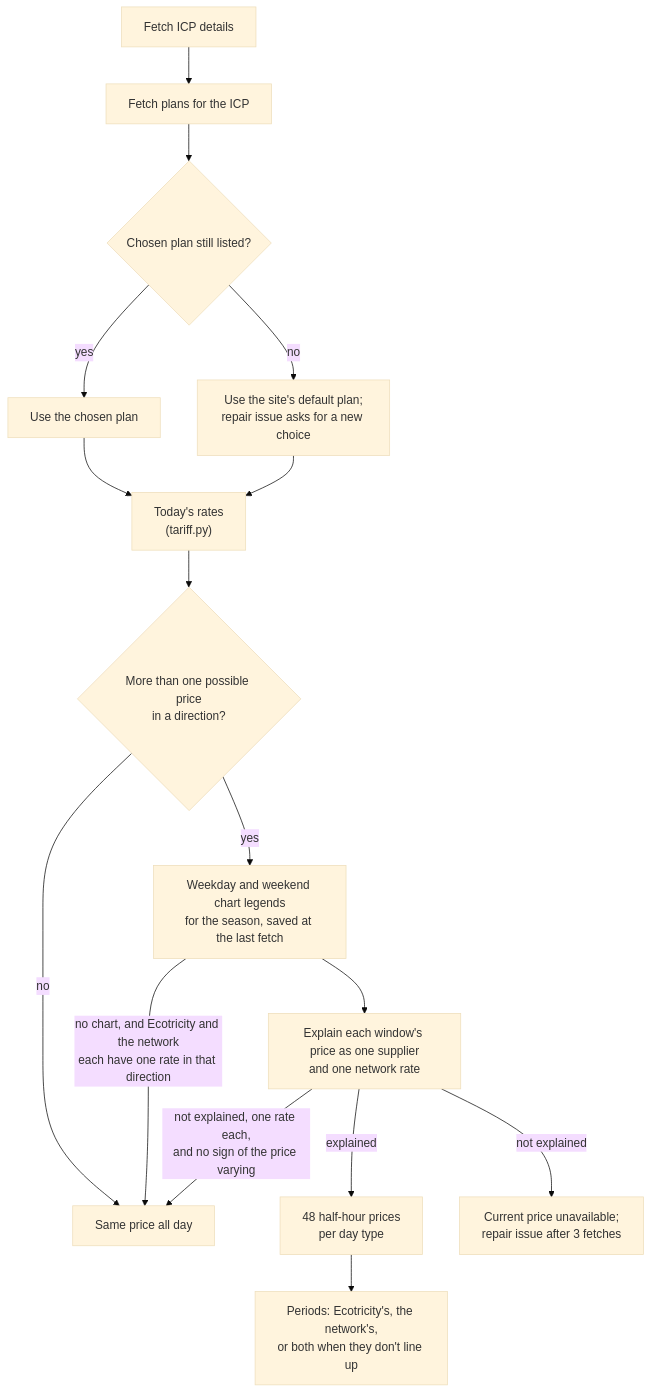
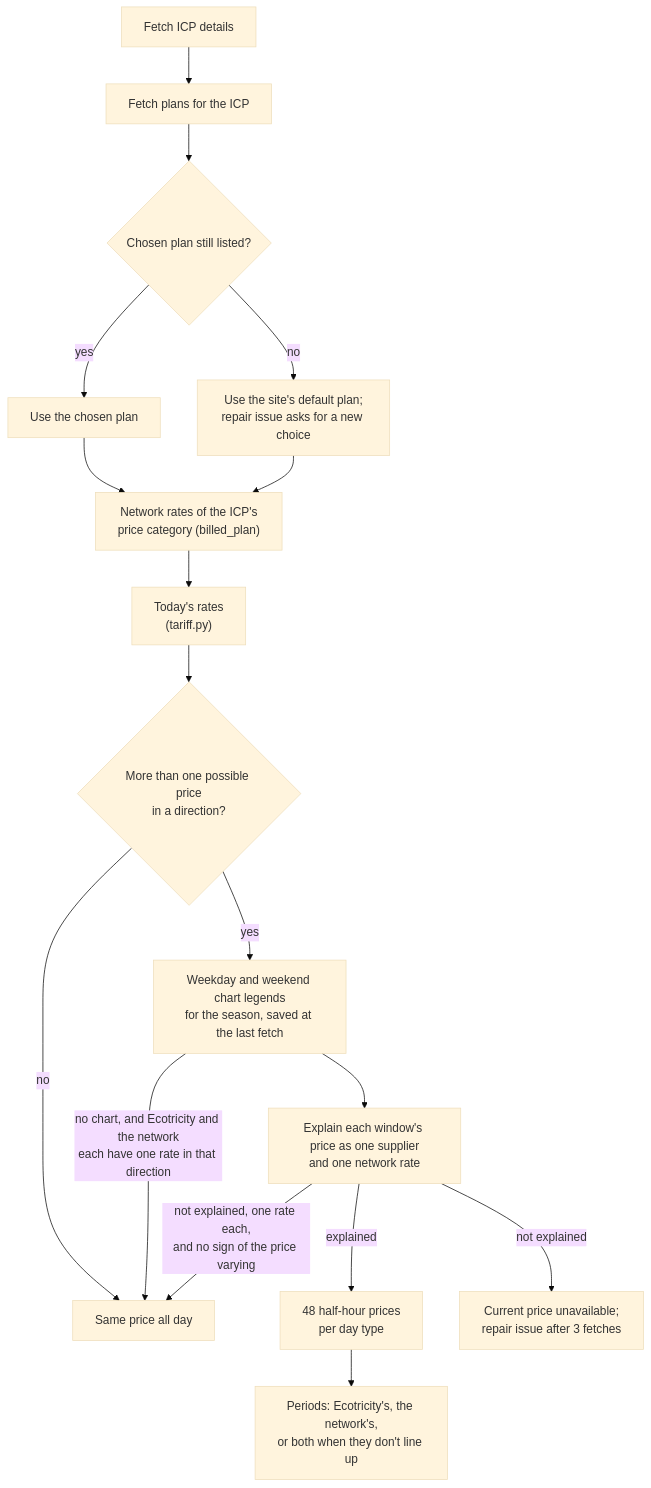
One commit to rhyskoedijk/ha-ecotricity-nz changed the second of 5 diagrams in docs/architecture.md. Above: the diagram before and after it, drawn with Mermaid (base theme). The commit also changed other lines of this file and 38 other files, not shown here.

First line of the commit message:
fix: charge gst on export and price with the icp's network category

````diff
--- a/docs/architecture.md
+++ b/docs/architecture.md
@@ -95,17 +95,18 @@
 ```mermaid
 flowchart TD
     A["Fetch ICP details"] --> B["Fetch plans for the ICP"]
     B --> F{"Chosen plan still listed?"}
     F -- yes --> Q["Use the chosen plan"]
     F -- no --> S["Use the site's default plan;<br/>repair issue asks for a new choice"]
-    Q & S --> G["Today's rates<br/>(tariff.py)"]
+    Q & S --> P["Network rates of the ICP's<br/>price category (billed_plan)"]
+    P --> G["Today's rates<br/>(tariff.py)"]
     G --> H{"More than one possible price<br/>in a direction?"}
     H -- no --> I["Same price all day"]
     H -- yes --> J["Weekday and weekend chart legends<br/>for the season, saved at the last fetch"]
     J -- "no chart, and Ecotricity and the network<br/>each have one rate in that direction" --> I
     J --> K["Explain each window's price as one supplier<br/>and one network rate"]
     K -- explained --> L["48 half-hour prices<br/>per day type"]
     K -- "not explained, one rate each,<br/>and no sign of the price varying" --> I
     K -- "not explained" --> M["Current price unavailable;<br/>repair issue after 3 fetches"]
     L --> N["Periods: Ecotricity's, the network's,<br/>or both when they don't line up"]
 ```
````
